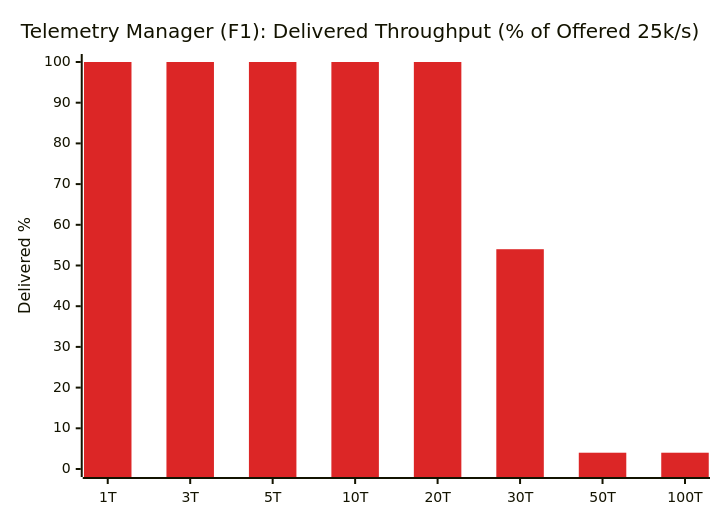
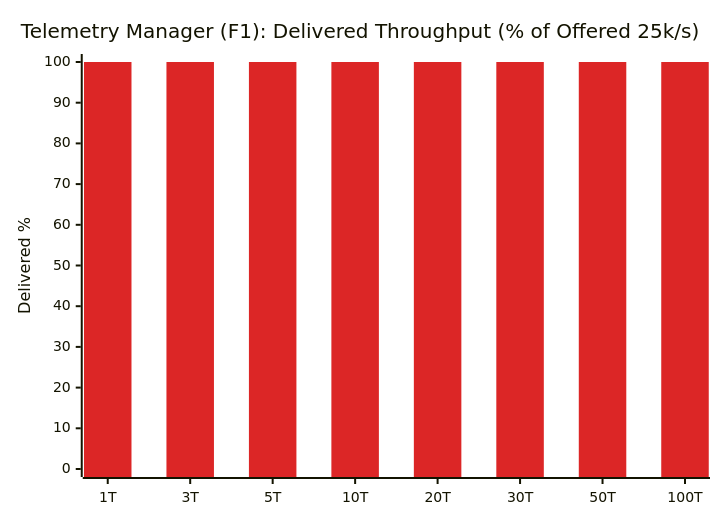
The seventh of 8 diagrams in result.md (tom-ludwig/kyma-telemetry-gardener-test-cluster), drawn with Mermaid before and after one commit. The commit also changed other lines of this file and 1 other file, not shown here.

````diff
--- a/result.md
+++ b/result.md
@@ -221,13 +223,13 @@
 ```mermaid
 ---
 config:
   themeVariables:
     xyChart:
       plotColorPalette: "#dc2626"
 ---
 xychart-beta
     title "Telemetry Manager (F1): Delivered Throughput (% of Offered 25k/s)"
     x-axis ["1T", "3T", "5T", "10T", "20T", "30T", "50T", "100T"]
     y-axis "Delivered %" 0 --> 100
-    bar [100, 100, 100, 100, 100, 54, 4, 4]
+    bar [100, 100, 100, 100, 100, 100, 100, 100]
 ```
````
